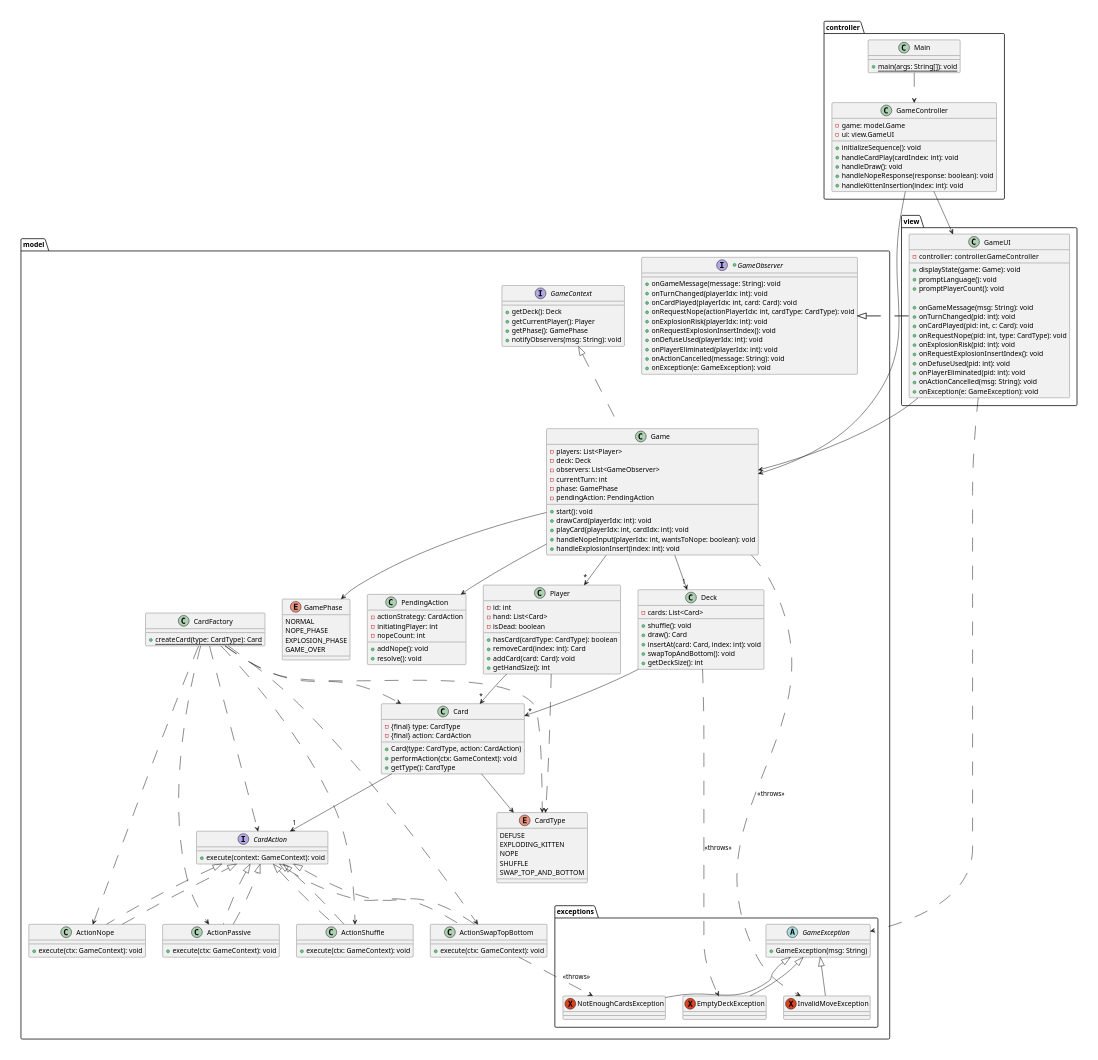
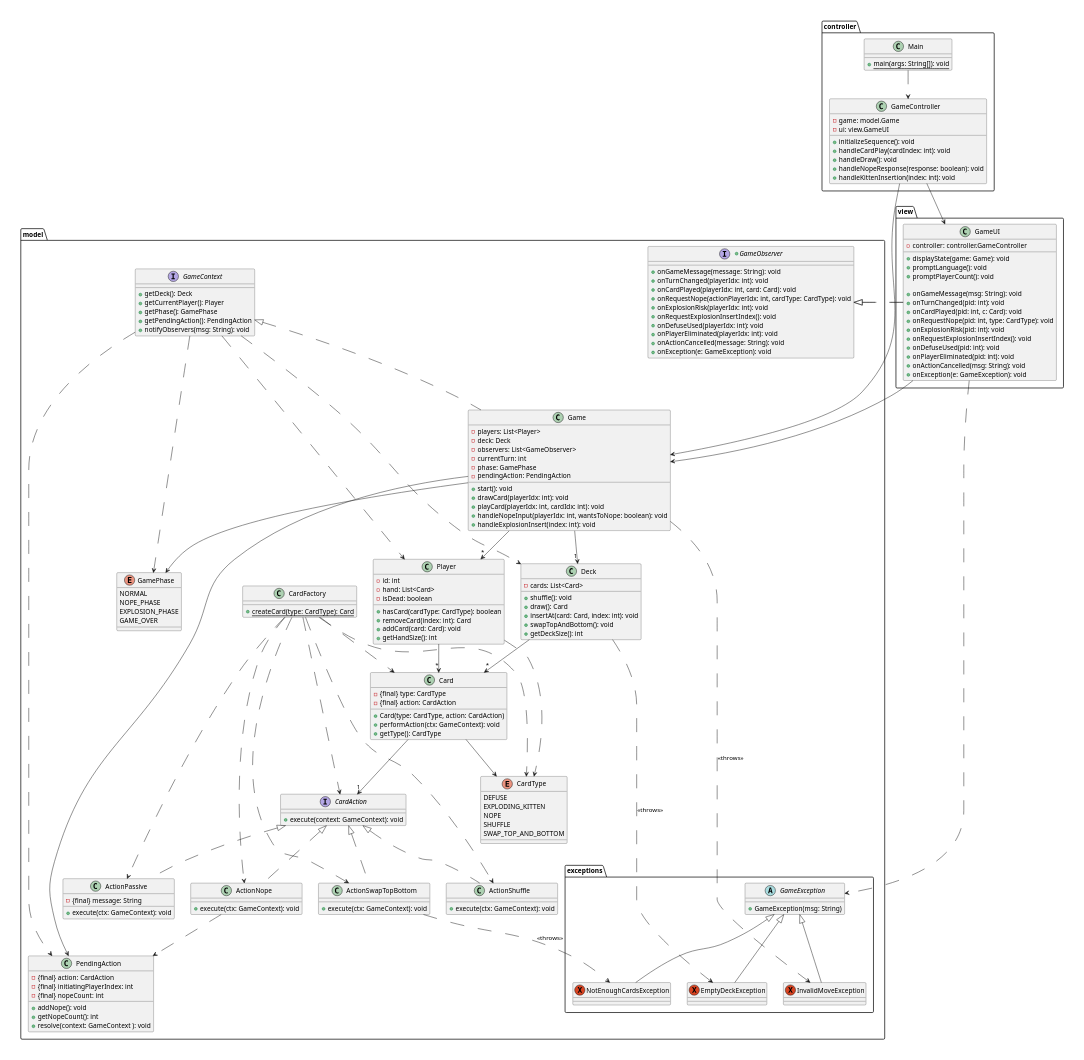
The diagram in docs/design/design.puml (nu-cs-sw-design/project-20252601-396_final), drawn with PlantUML before and after one commit. The commit also changed 7 other files, not shown here.

```diff
--- a/docs/design/design.puml
+++ b/docs/design/design.puml
@@ -18,6 +18,7 @@
         +getDeck(): Deck
         +getCurrentPlayer(): Player
         +getPhase(): GamePhase
+        +getPendingAction(): PendingAction
         +notifyObservers(msg: String): void
     }
 
@@ -63,14 +64,6 @@
         +handleExplosionInsert(index: int): void
     }
 
-    class PendingAction {
-        -actionStrategy: CardAction
-        -initiatingPlayer: int
-        -nopeCount: int
-        +addNope(): void
-        +resolve(): void
-    }
-
     class Player {
         -id: int
         -hand: List<Card>
@@ -111,17 +104,27 @@
         +{static} createCard(type: CardType): Card
     }
 
-    class ActionShuffle implements CardAction {
+    class ActionShuffle{
         +execute(ctx: GameContext): void
     }
-    class ActionSwapTopBottom implements CardAction {
+    class ActionSwapTopBottom{
         +execute(ctx: GameContext): void
     }
-    class ActionNope implements CardAction {
+    class ActionNope{
         +execute(ctx: GameContext): void
     }
-    class ActionPassive implements CardAction {
+    class ActionPassive{
+        -{final} message: String
         +execute(ctx: GameContext): void
+    }
+    class PendingAction{
+        -{final} action: CardAction
+        -{final} initiatingPlayerIndex: int
+        -{final} nopeCount: int
+
+        +addNope(): void
+        +getNopeCount(): int
+        +resolve(context: GameContext ): void
     }
 }
 
@@ -194,9 +197,14 @@
 model.Game ..> model.exceptions.InvalidMoveException : <<throws>>
 view.GameUI ..> model.exceptions.GameException
 
-model.ActionShuffle ..|> model.CardAction
-model.ActionSwapTopBottom ..|> model.CardAction
-model.ActionNope ..|> model.CardAction
-model.ActionPassive ..|> model.CardAction
+model.ActionShuffle .u.|> model.CardAction
+model.ActionSwapTopBottom .u.|> model.CardAction
+model.ActionNope .u.|> model.CardAction
+model.ActionPassive .u.|> model.CardAction
 
+model.ActionNope ..> model.PendingAction
+model.GameContext ..> model.Deck
+model.GameContext ..> model.Player
+model.GameContext ..> model.GamePhase
+model.GameContext ..> model.PendingAction
 @enduml
```
